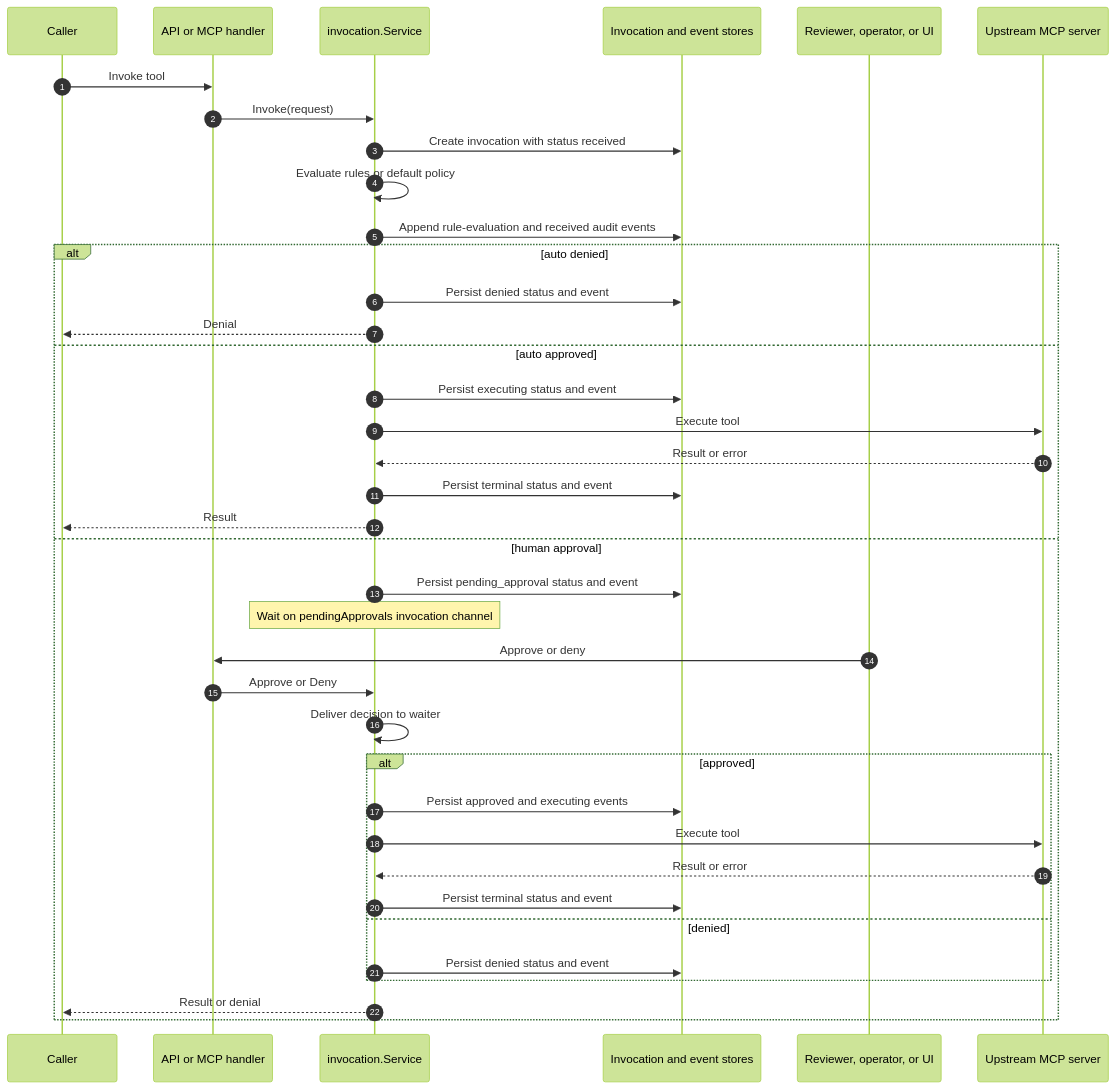
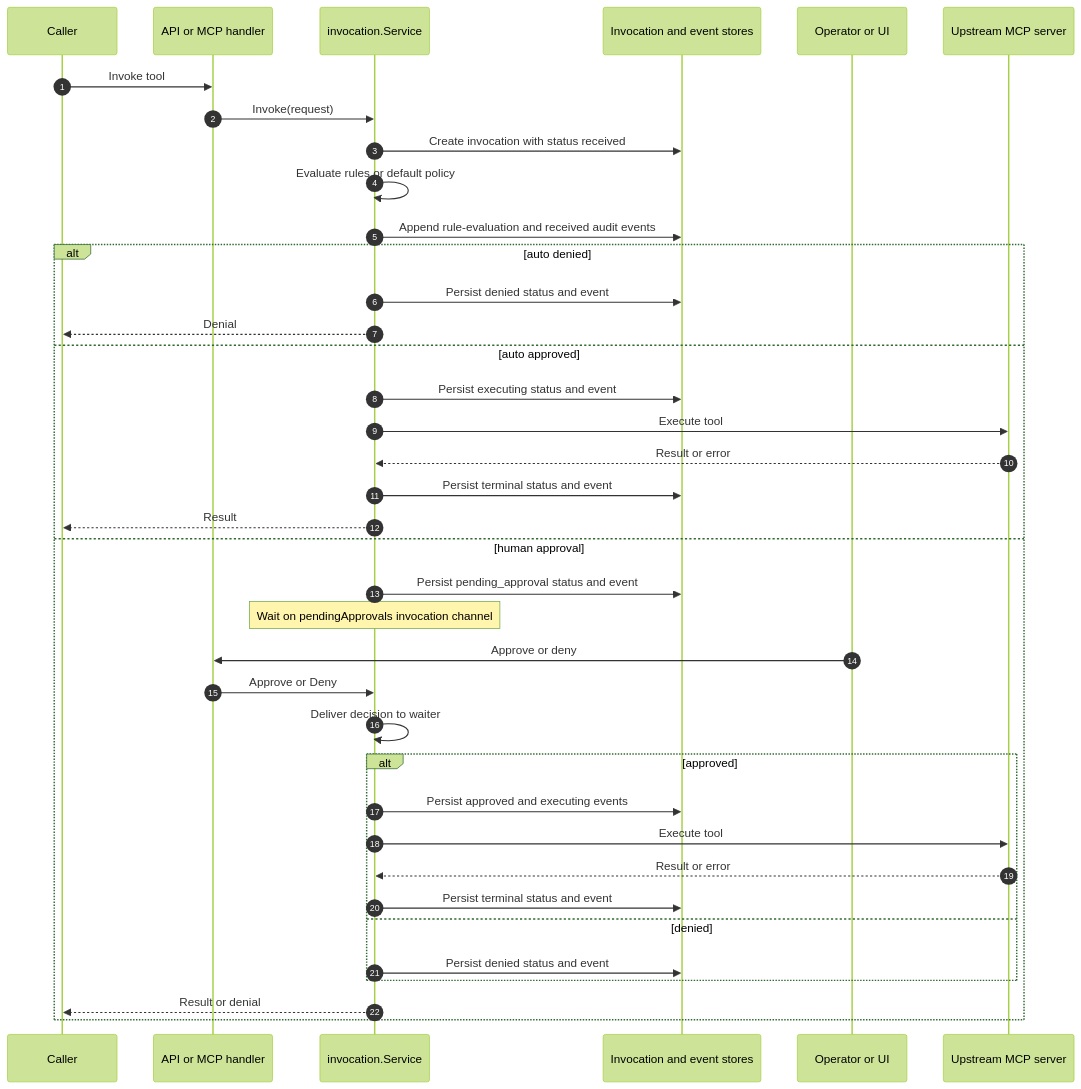
One commit to validmind/atryum changed the third of 5 diagrams in docs/architecture.md. Above: the diagram before and after it, drawn with Mermaid (forest theme). The commit also changed other lines of this file and 4 other files, not shown here.

````diff
--- a/docs/architecture.md
+++ b/docs/architecture.md
@@ -144,41 +144,41 @@
 ```mermaid
 sequenceDiagram
     autonumber
     participant Caller
     participant API as API or MCP handler
     participant Service as invocation.Service
     participant Store as Invocation and event stores
-    participant Operator as Reviewer, operator, or UI
+    participant Operator as Operator or UI
     participant MCP as Upstream MCP server
 
     Caller->>API: Invoke tool
     API->>Service: Invoke(request)
     Service->>Store: Create invocation with status received
     Service->>Service: Evaluate rules or default policy
     Service->>Store: Append rule-evaluation and received audit events
     alt auto denied
         Service->>Store: Persist denied status and event
         Service-->>Caller: Denial
     else auto approved
         Service->>Store: Persist executing status and event
         Service->>MCP: Execute tool
         MCP-->>Service: Result or error
         Service->>Store: Persist terminal status and event
         Service-->>Caller: Result
     else human approval
         Service->>Store: Persist pending_approval status and event
         Note over Service: Wait on pendingApprovals invocation channel
         Operator->>API: Approve or deny
         API->>Service: Approve or Deny
         Service->>Service: Deliver decision to waiter
         alt approved
             Service->>Store: Persist approved and executing events
             Service->>MCP: Execute tool
             MCP-->>Service: Result or error
             Service->>Store: Persist terminal status and event
         else denied
             Service->>Store: Persist denied status and event
         end
         Service-->>Caller: Result or denial
     end
 ```
````
